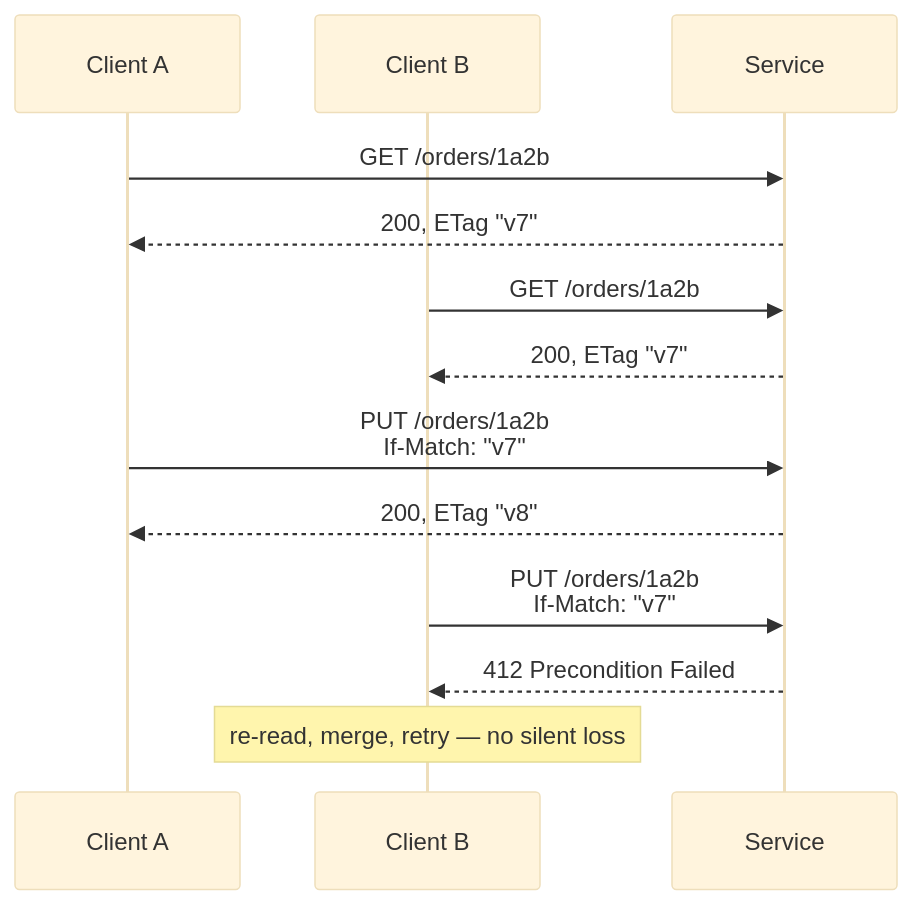
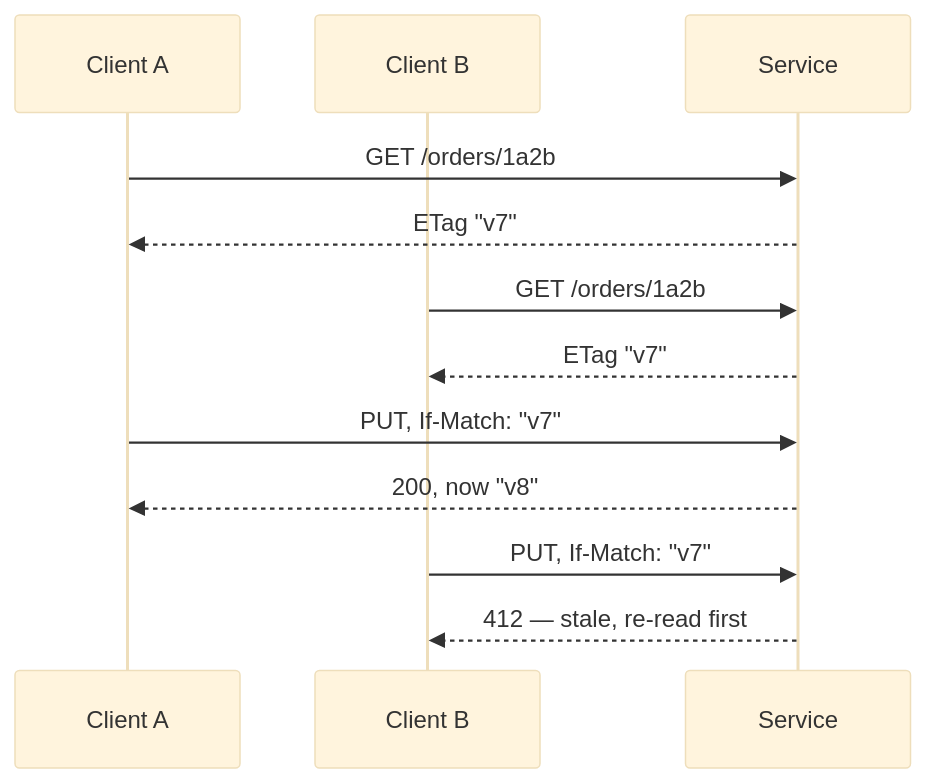
Before and after one commit to kc3222/EngineeringHandbook: the second of 2 diagrams in content/track-2-backend/05-rest-api-design/03-http-semantics.md, drawn with Mermaid (base theme). The commit also changed other lines of this file and 21 other files, not shown here.

````diff
--- a/content/track-2-backend/05-rest-api-design/03-http-semantics.md
+++ b/content/track-2-backend/05-rest-api-design/03-http-semantics.md
@@ -108,15 +105,14 @@
 ```mermaid
 sequenceDiagram
   participant A as Client A
   participant B as Client B
   participant S as Service
   A->>S: GET /orders/1a2b
-  S-->>A: 200, ETag "v7"
+  S-->>A: ETag "v7"
   B->>S: GET /orders/1a2b
-  S-->>B: 200, ETag "v7"
-  A->>S: PUT /orders/1a2b<br/>If-Match: "v7"
-  S-->>A: 200, ETag "v8"
-  B->>S: PUT /orders/1a2b<br/>If-Match: "v7"
-  S-->>B: 412 Precondition Failed
-  Note over B: re-read, merge, retry — no silent loss
+  S-->>B: ETag "v7"
+  A->>S: PUT, If-Match: "v7"
+  S-->>A: 200, now "v8"
+  B->>S: PUT, If-Match: "v7"
+  S-->>B: 412 — stale, re-read first
 ```
````
